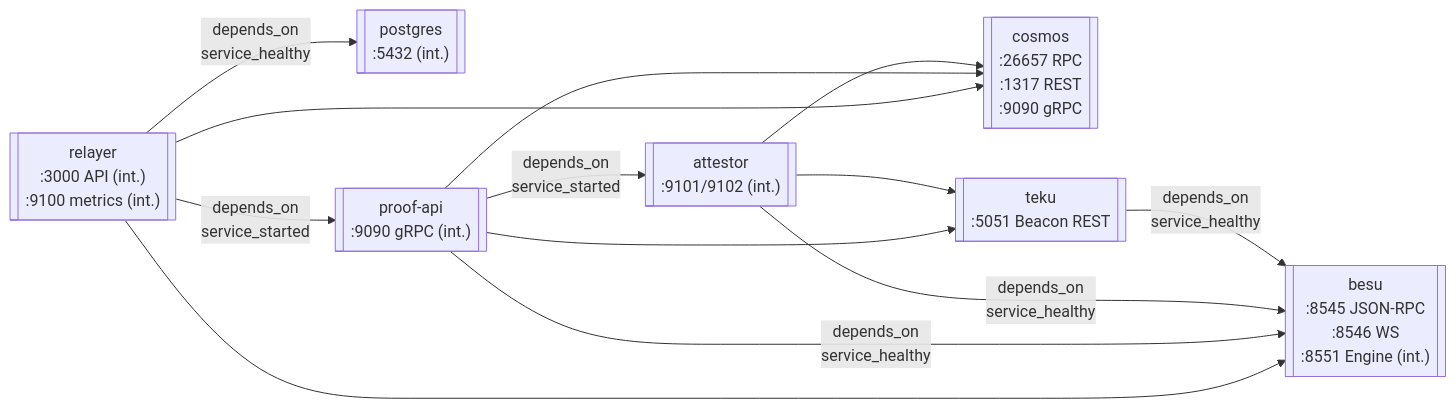
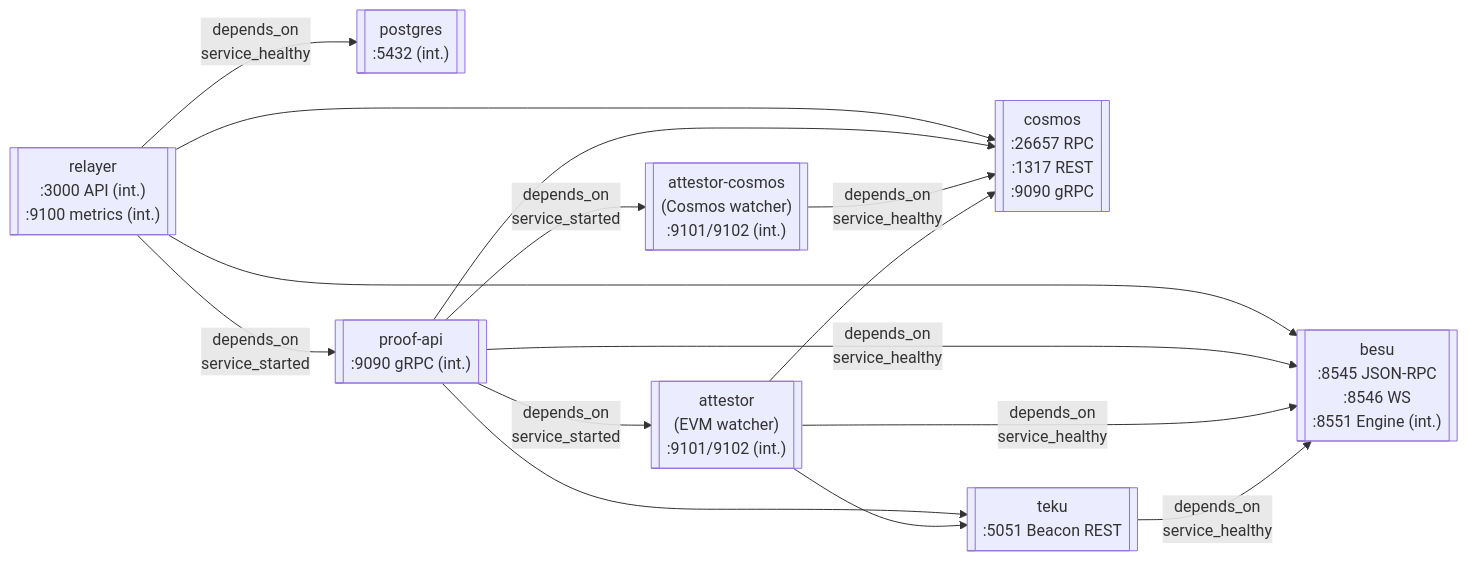
The first of 3 diagrams in demo/cosmos-evm/README.md (cosmos/ibc-e2e-docs-example), drawn with Mermaid before and after one commit. The commit also changed other lines of this file and 6 other files, not shown here.

````diff
--- a/demo/cosmos-evm/README.md
+++ b/demo/cosmos-evm/README.md
@@ -22,23 +25,26 @@
 ```mermaid
 graph LR
     cosmos[["cosmos<br/>:26657 RPC<br/>:1317 REST<br/>:9090 gRPC"]]
     besu[["besu<br/>:8545 JSON-RPC<br/>:8546 WS<br/>:8551 Engine (int.)"]]
     teku[["teku<br/>:5051 Beacon REST"]]
     postgres[["postgres<br/>:5432 (int.)"]]
-    attestor[["attestor<br/>:9101/9102 (int.)"]]
+    attestor[["attestor<br/>(EVM watcher)<br/>:9101/9102 (int.)"]]
+    attestorCosmos[["attestor-cosmos<br/>(Cosmos watcher)<br/>:9101/9102 (int.)"]]
     proofapi[["proof-api<br/>:9090 gRPC (int.)"]]
     relayer[["relayer<br/>:3000 API (int.)<br/>:9100 metrics (int.)"]]
 
     teku -->|depends_on<br/>service_healthy| besu
     attestor -->|depends_on<br/>service_healthy| besu
     attestor --> cosmos
     attestor --> teku
+    attestorCosmos -->|depends_on<br/>service_healthy| cosmos
     proofapi -->|depends_on<br/>service_healthy| besu
     proofapi --> cosmos
     proofapi --> teku
     proofapi -->|depends_on<br/>service_started| attestor
+    proofapi -->|depends_on<br/>service_started| attestorCosmos
     relayer -->|depends_on<br/>service_healthy| postgres
     relayer --> cosmos
     relayer --> besu
     relayer -->|depends_on<br/>service_started| proofapi
 ```
````
